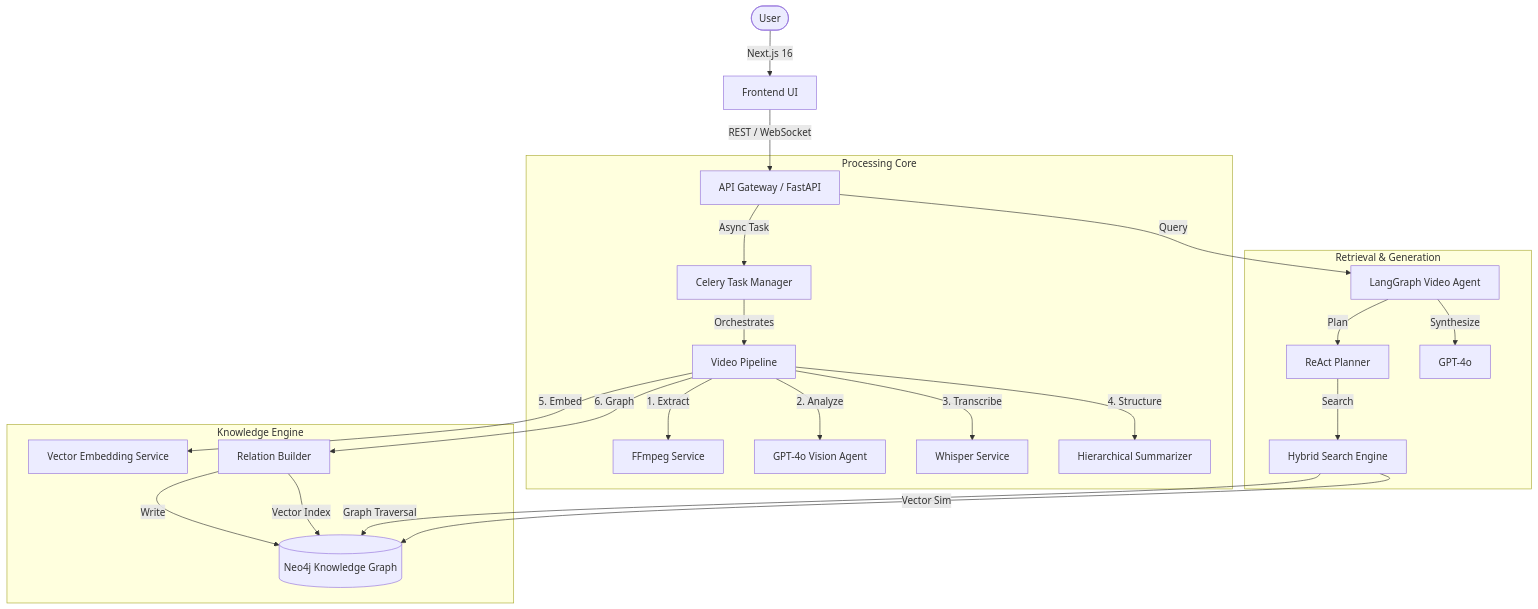
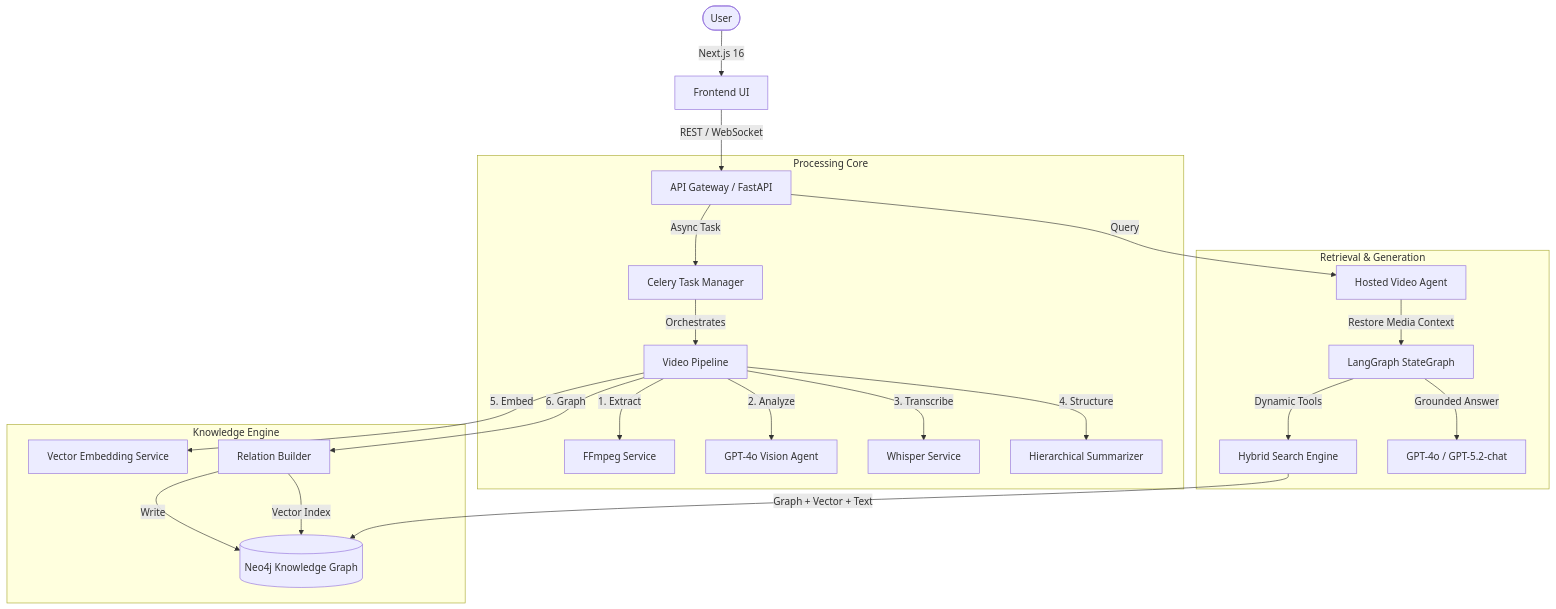
The diagram in docs/ARCHITECTURE.md (alexandergg/QPrisma), drawn with Mermaid before and after one commit. The commit also changed other lines of this file and 20 other files, not shown here.

Commit message:
docs: add architecture portfolio and README gallery

````diff
--- a/docs/ARCHITECTURE.md
+++ b/docs/ARCHITECTURE.md
@@ -9,30 +11,29 @@
 ```mermaid
 graph TD
     User([User]) -->|Next.js 16| Frontend[Frontend UI]
     Frontend -->|REST / WebSocket| Gateway[API Gateway / FastAPI]
 
     subgraph "Processing Core"
         Gateway -->|Async Task| TaskMgr[Celery Task Manager]
         TaskMgr -->|Orchestrates| Pipeline[Video Pipeline]
         Pipeline -->|1. Extract| FFmpeg[FFmpeg Service]
         Pipeline -->|2. Analyze| Vision[GPT-4o Vision Agent]
         Pipeline -->|3. Transcribe| Whisper[Whisper Service]
         Pipeline -->|4. Structure| Summarizer[Hierarchical Summarizer]
     end
 
     subgraph "Knowledge Engine"
         Pipeline -->|5. Embed| Embedder[Vector Embedding Service]
         Pipeline -->|6. Graph| Builder[Relation Builder]
         Builder -->|Write| Neo4j[(Neo4j Knowledge Graph)]
         Builder -->|Vector Index| Neo4j
     end
 
     subgraph "Retrieval & Generation"
-        Gateway -->|Query| Agent[LangGraph Video Agent]
-        Agent -->|Plan| Planner[ReAct Planner]
-        Planner -->|Search| Hybrid[Hybrid Search Engine]
-        Hybrid -->|Graph Traversal| Neo4j
-        Hybrid -->|Vector Sim| Neo4j
-        Agent -->|Synthesize| LLM[GPT-4o]
+        Gateway -->|Query| Agent[Hosted Video Agent]
+        Agent -->|Restore Media Context| StateGraph[LangGraph StateGraph]
+        StateGraph -->|Dynamic Tools| Hybrid[Hybrid Search Engine]
+        Hybrid -->|Graph + Vector + Text| Neo4j
+        StateGraph -->|Grounded Answer| LLM[GPT-4o / GPT-5.2-chat]
     end
 ```
````
